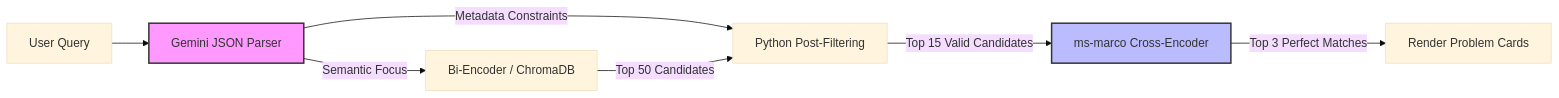
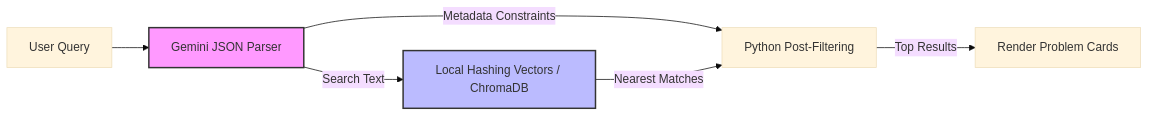
Before and after one commit to vaibhavreddy1098/Codeforces-Coach: the second of 3 diagrams in README.md, drawn with Mermaid (base theme). The commit also changed other lines of this file and 13 other files, not shown here.

````diff
--- a/README.md
+++ b/README.md
@@ -47,15 +47,13 @@
 ```mermaid
 graph LR
     User[User Query] --> Parser[Gemini JSON Parser]
     
-    Parser --> |Semantic Focus| BiEnc[Bi-Encoder / ChromaDB]
+    Parser --> |Search Text| Vec[Local Hashing Vectors / ChromaDB]
     Parser --> |Metadata Constraints| PostF[Python Post-Filtering]
     
-    BiEnc --> |Top 50 Candidates| PostF
-    PostF --> |Top 15 Valid Candidates| CE[ms-marco Cross-Encoder]
-    
-    CE --> |Top 3 Perfect Matches| Output[Render Problem Cards]
+    Vec --> |Nearest Matches| PostF
+    PostF --> |Top Results| Output[Render Problem Cards]
     
     style Parser fill:#f9f,stroke:#333,stroke-width:2px
-    style CE fill:#bbf,stroke:#333,stroke-width:2px
+    style Vec fill:#bbf,stroke:#333,stroke-width:2px
 ```
````
